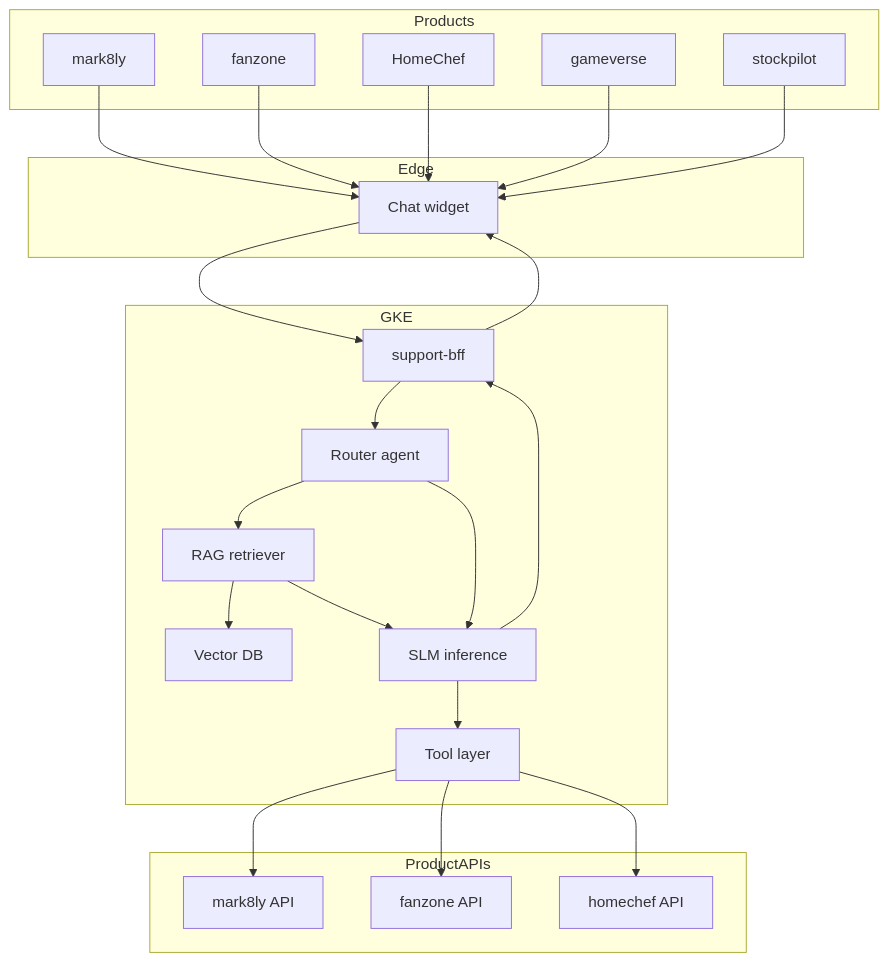
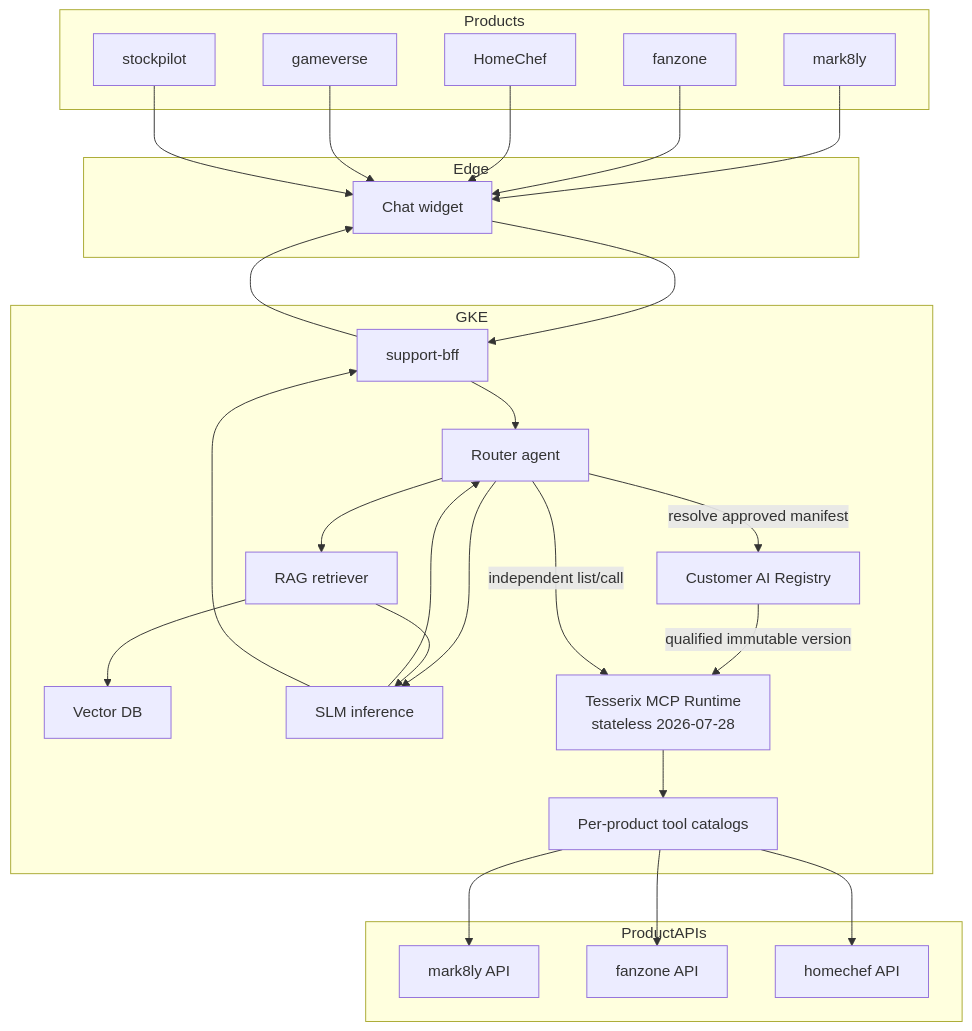
The diagram in docs/02-end-state-architecture.md (tesserix/slm-support-platform), drawn with Mermaid before and after one commit. The commit also changed other lines of this file and 13 other files, not shown here.

Commit message:
feat: host product MCPs on Tesserix runtime (#17)

````diff
--- a/docs/02-end-state-architecture.md
+++ b/docs/02-end-state-architecture.md
@@ -19,47 +19,53 @@
 ```mermaid
 graph TB
     subgraph Products
         M[mark8ly]
         F[fanzone]
         H[HomeChef]
         G[gameverse]
         S[stockpilot]
     end
 
     subgraph Edge
         CW[Chat widget]
     end
 
     subgraph GKE
         BFF[support-bff]
         ROUTER[Router agent]
+        REG[Customer AI Registry]
         RAG[RAG retriever]
         VDB[Vector DB]
         SLM[SLM inference]
-        TOOLS[Tool layer]
+        RUNTIME[Tesserix MCP Runtime<br/>stateless 2026-07-28]
+        TOOLS[Per-product tool catalogs]
     end
 
     subgraph ProductAPIs
         MAPI[mark8ly API]
         FAPI[fanzone API]
         HAPI[homechef API]
     end
 
     M --> CW
     F --> CW
     H --> CW
     G --> CW
     S --> CW
     CW --> BFF
     BFF --> ROUTER
     ROUTER --> RAG
     RAG --> VDB
     ROUTER --> SLM
+    ROUTER -->|resolve approved manifest| REG
+    REG -->|qualified immutable version| RUNTIME
     RAG --> SLM
-    SLM --> TOOLS
+    SLM --> ROUTER
+    ROUTER -->|independent list/call| RUNTIME
+    RUNTIME --> TOOLS
     TOOLS --> MAPI
     TOOLS --> FAPI
     TOOLS --> HAPI
     SLM --> BFF
     BFF --> CW
 ```
````
